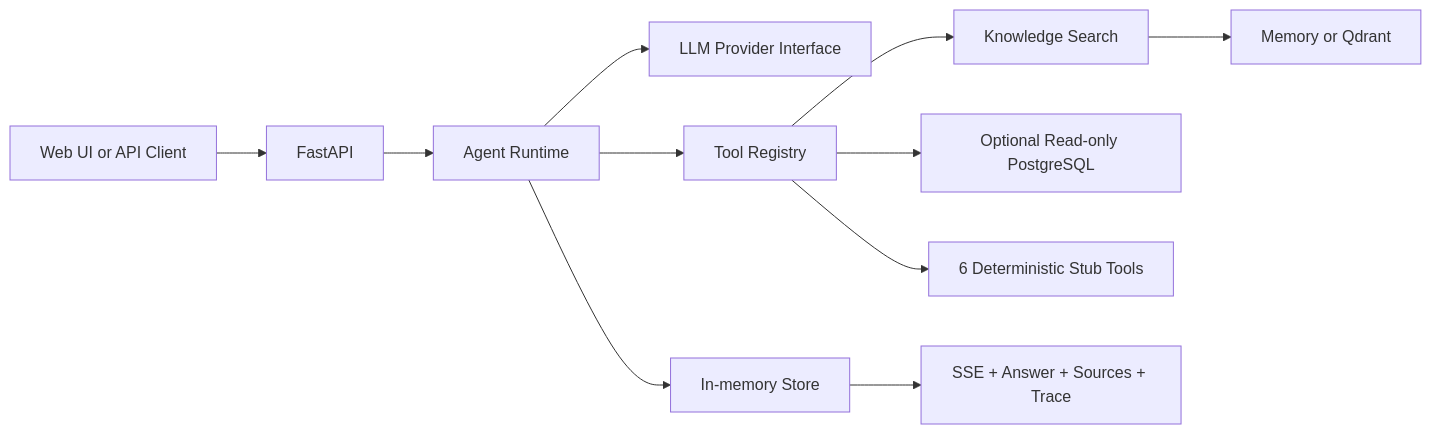
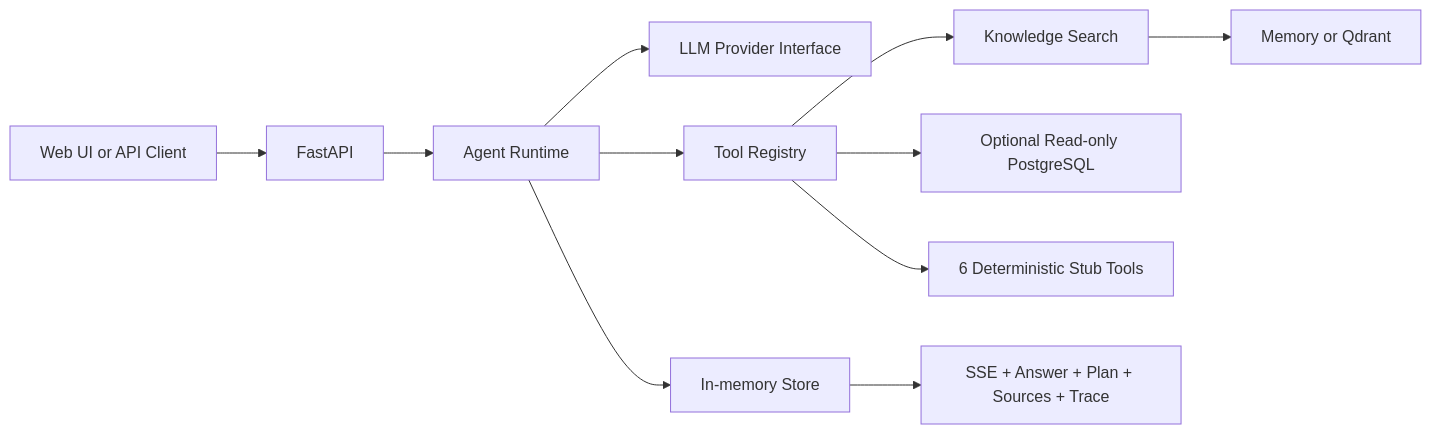
One commit to Today-Hbw/enterprise-research-agent changed the diagram in README.md. Above: the diagram before and after it, drawn with Mermaid. The commit also changed other lines of this file and 9 other files, not shown here.

````diff
--- a/README.md
+++ b/README.md
@@ -25,13 +26,13 @@
 ```mermaid
 flowchart LR
     UI[Web UI or API Client] --> API[FastAPI]
     API --> RT[Agent Runtime]
     RT --> LLM[LLM Provider Interface]
     RT --> REG[Tool Registry]
     REG --> KNOW[Knowledge Search]
     KNOW --> QDRANT[Memory or Qdrant]
     REG --> SQL[Optional Read-only PostgreSQL]
     REG --> STUB[6 Deterministic Stub Tools]
     RT --> STORE[In-memory Store]
-    STORE --> OUT[SSE + Answer + Sources + Trace]
+    STORE --> OUT[SSE + Answer + Plan + Sources + Trace]
 ```
````
